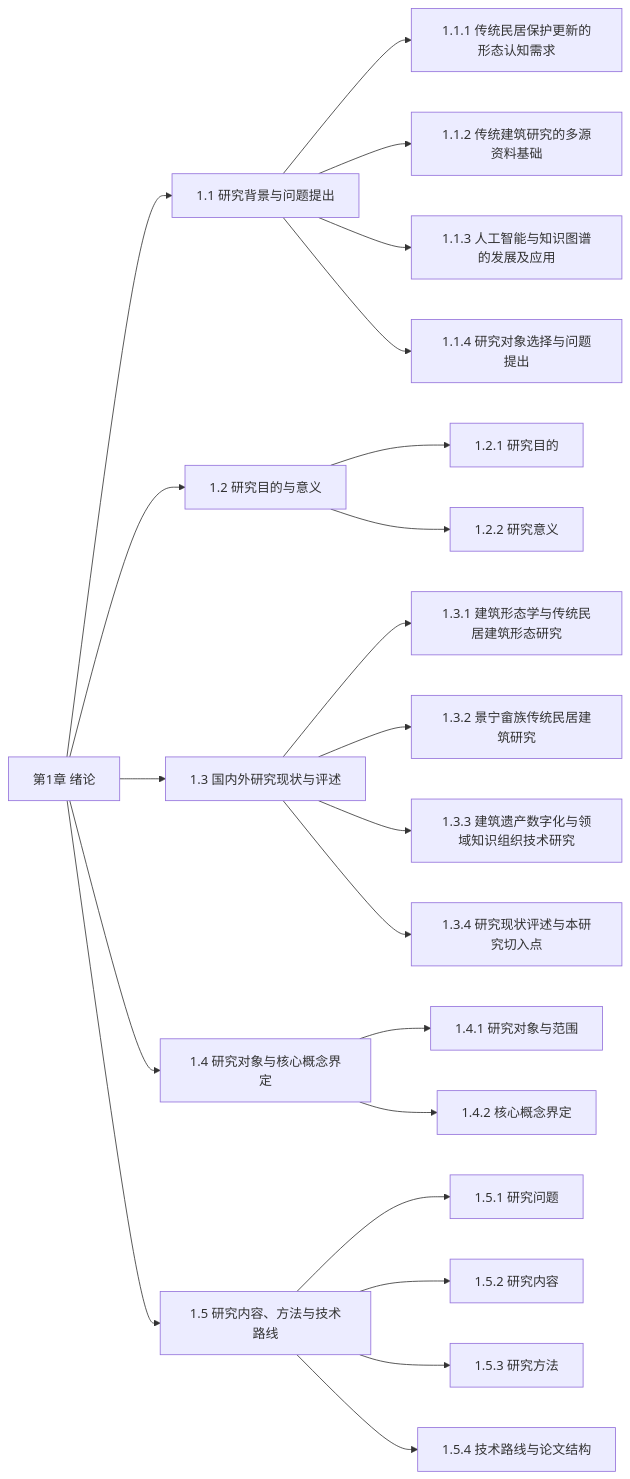
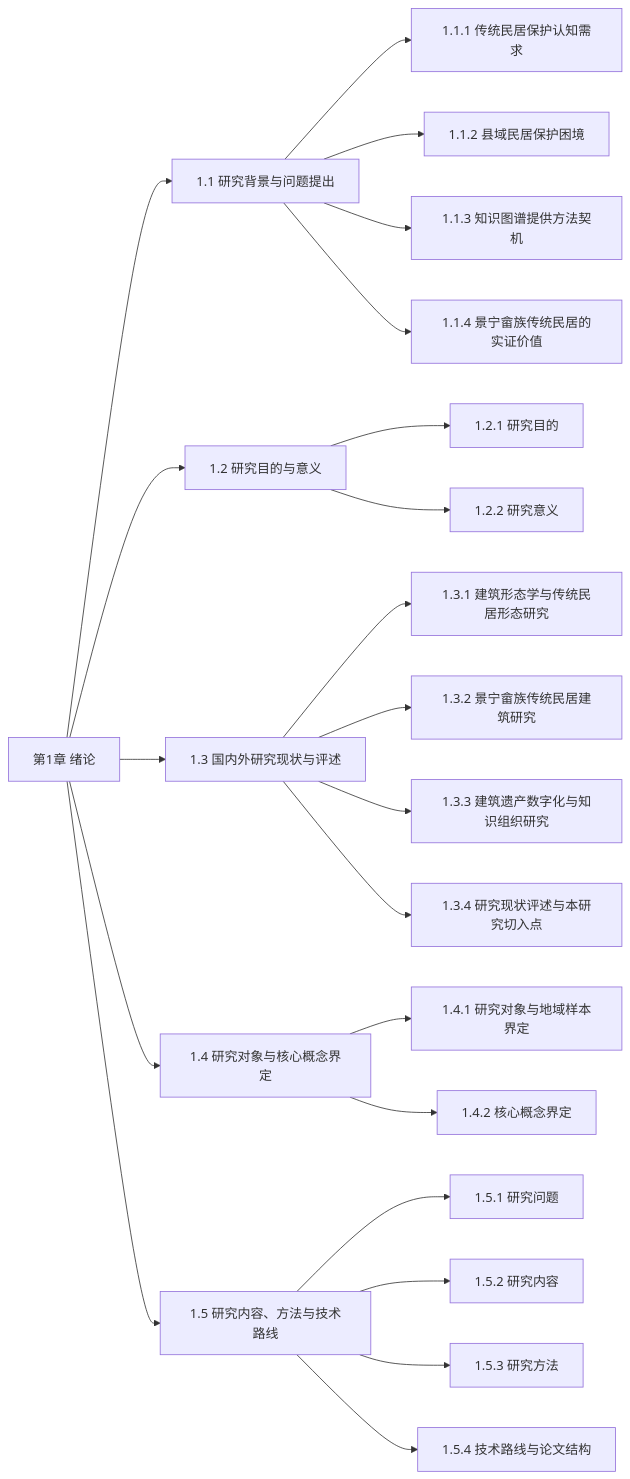
One commit to WYLINX601/Linx_paper changed the diagram in 论文章节/章节导航/01-绪论.md. Above: the diagram before and after it, drawn with Mermaid. The commit also changed other lines of this file and 35 other files, not shown here.

````diff
--- a/论文章节/章节导航/01-绪论.md
+++ b/论文章节/章节导航/01-绪论.md
@@ -100,46 +100,46 @@
 ```mermaid
 flowchart LR
   chapter-1["第1章 绪论"]
   section-1-1["1.1 研究背景与问题提出"]
   chapter-1 --> section-1-1
-  sub-1-1-1["1.1.1 传统民居保护更新的形态认知需求"]
+  sub-1-1-1["1.1.1 传统民居保护认知需求"]
   section-1-1 --> sub-1-1-1
-  sub-1-1-2["1.1.2 传统建筑研究的多源资料基础"]
+  sub-1-1-2["1.1.2 县域民居保护困境"]
   section-1-1 --> sub-1-1-2
-  sub-1-1-3["1.1.3 人工智能与知识图谱的发展及应用"]
+  sub-1-1-3["1.1.3 知识图谱提供方法契机"]
   section-1-1 --> sub-1-1-3
-  sub-1-1-4["1.1.4 研究对象选择与问题提出"]
+  sub-1-1-4["1.1.4 景宁畲族传统民居的实证价值"]
   section-1-1 --> sub-1-1-4
   section-1-2["1.2 研究目的与意义"]
   chapter-1 --> section-1-2
   sub-1-2-1["1.2.1 研究目的"]
   section-1-2 --> sub-1-2-1
   sub-1-2-2["1.2.2 研究意义"]
   section-1-2 --> sub-1-2-2
   section-1-4["1.3 国内外研究现状与评述"]
   chapter-1 --> section-1-4
-  sub-1-3-1["1.3.1 建筑形态学与传统民居建筑形态研究"]
+  sub-1-3-1["1.3.1 建筑形态学与传统民居形态研究"]
   section-1-4 --> sub-1-3-1
   sub-1-3-2["1.3.2 景宁畲族传统民居建筑研究"]
   section-1-4 --> sub-1-3-2
-  sub-1-3-3["1.3.3 建筑遗产数字化与领域知识组织技术研究"]
+  sub-1-3-3["1.3.3 建筑遗产数字化与知识组织研究"]
   section-1-4 --> sub-1-3-3
   sub-1-3-4["1.3.4 研究现状评述与本研究切入点"]
   section-1-4 --> sub-1-3-4
   section-1-3["1.4 研究对象与核心概念界定"]
   chapter-1 --> section-1-3
-  sub-1-4-1["1.4.1 研究对象与范围"]
+  sub-1-4-1["1.4.1 研究对象与地域样本界定"]
   section-1-3 --> sub-1-4-1
   sub-1-4-2["1.4.2 核心概念界定"]
   section-1-3 --> sub-1-4-2
   section-1-5["1.5 研究内容、方法与技术路线"]
   chapter-1 --> section-1-5
   sub-1-5-1["1.5.1 研究问题"]
   section-1-5 --> sub-1-5-1
   sub-1-5-2["1.5.2 研究内容"]
   section-1-5 --> sub-1-5-2
   sub-1-5-3["1.5.3 研究方法"]
   section-1-5 --> sub-1-5-3
   sub-1-5-4["1.5.4 技术路线与论文结构"]
   section-1-5 --> sub-1-5-4
 ```
````
